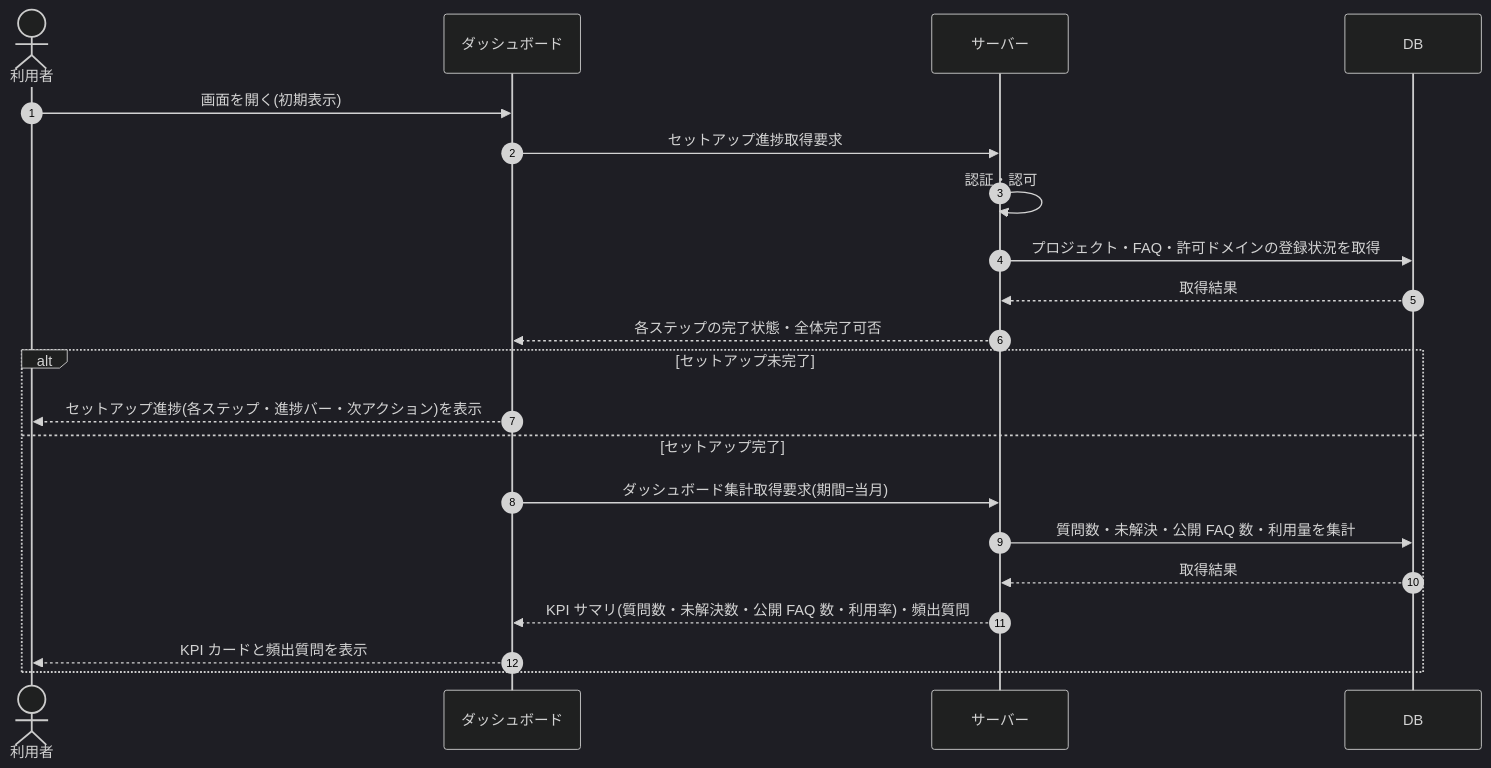
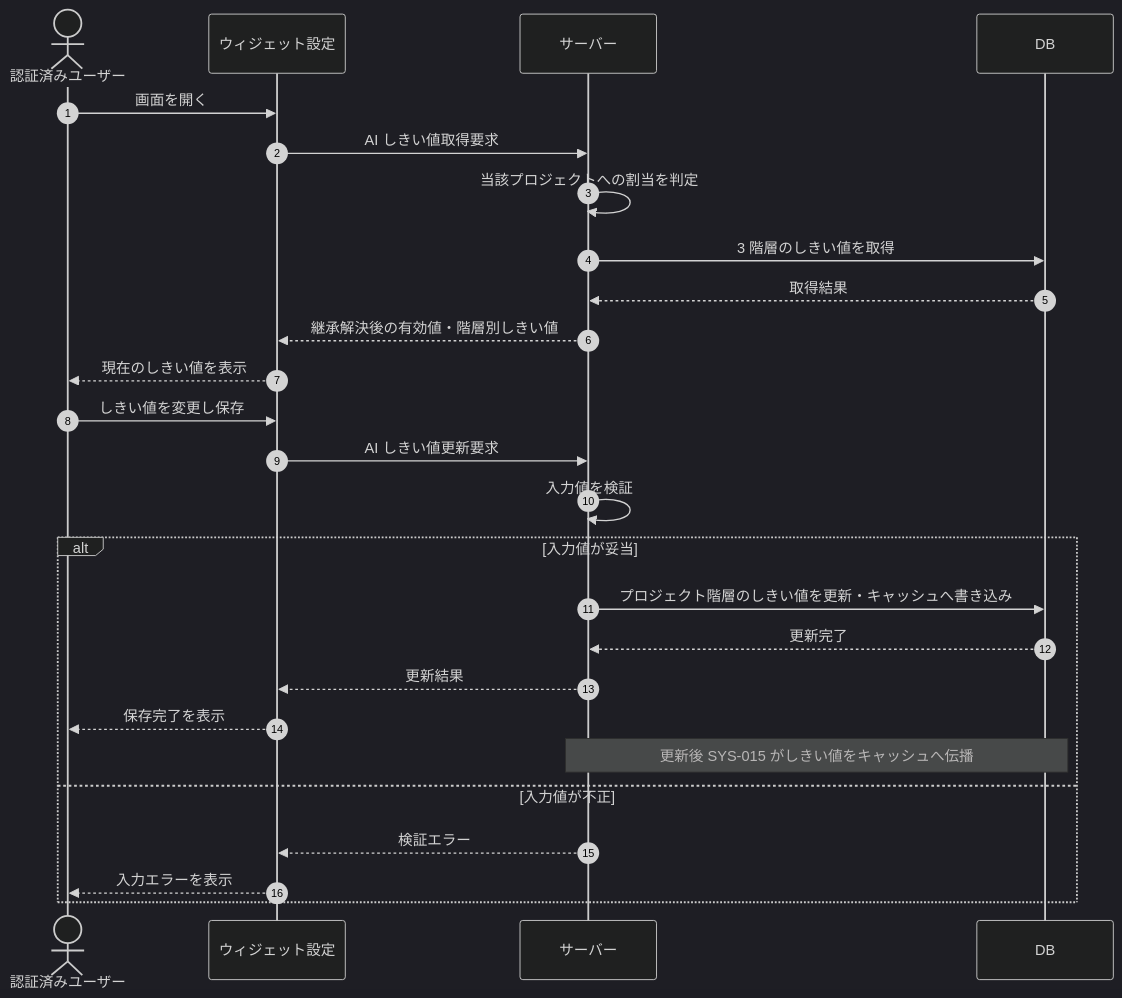
Before and after one commit to sikakou54/open-faq: the diagram in 02_basic_design/03_sequences/SEQ-123.md, drawn with Mermaid (dark theme). The commit also changed other lines of this file and 395 other files, not shown here.

````diff
--- a/02_basic_design/03_sequences/SEQ-123.md
+++ b/02_basic_design/03_sequences/SEQ-123.md
@@ -25,23 +25,28 @@
 ```mermaid
 sequenceDiagram
   autonumber
-  actor U as 利用者
-  participant Screen as ダッシュボード
+  actor U as 認証済みユーザー
+  participant Screen as ウィジェット設定
   participant Server as サーバー
   participant DB as DB
-  U->>Screen: 画面を開く(初期表示)
-  Screen->>Server: セットアップ進捗取得要求
-  Server->>Server: 認証・認可
-  Server->>DB: プロジェクト・FAQ・許可ドメインの登録状況を取得
+  U->>Screen: 画面を開く
+  Screen->>Server: AI しきい値取得要求
+  Server->>Server: 当該プロジェクトへの割当を判定
+  Server->>DB: 3 階層のしきい値を取得
   DB-->>Server: 取得結果
-  Server-->>Screen: 各ステップの完了状態・全体完了可否
-  alt セットアップ未完了
-    Screen-->>U: セットアップ進捗(各ステップ・進捗バー・次アクション)を表示
-  else セットアップ完了
-    Screen->>Server: ダッシュボード集計取得要求(期間=当月)
-    Server->>DB: 質問数・未解決・公開 FAQ 数・利用量を集計
-    DB-->>Server: 取得結果
-    Server-->>Screen: KPI サマリ(質問数・未解決数・公開 FAQ 数・利用率)・頻出質問
-    Screen-->>U: KPI カードと頻出質問を表示
+  Server-->>Screen: 継承解決後の有効値・階層別しきい値
+  Screen-->>U: 現在のしきい値を表示
+  U->>Screen: しきい値を変更し保存
+  Screen->>Server: AI しきい値更新要求
+  Server->>Server: 入力値を検証
+  alt 入力値が妥当
+    Server->>DB: プロジェクト階層のしきい値を更新・キャッシュへ書き込み
+    DB-->>Server: 更新完了
+    Server-->>Screen: 更新結果
+    Screen-->>U: 保存完了を表示
+    Note over Server,DB: 更新後 SYS-015 がしきい値をキャッシュへ伝播
+  else 入力値が不正
+    Server-->>Screen: 検証エラー
+    Screen-->>U: 入力エラーを表示
   end
 ```
````
